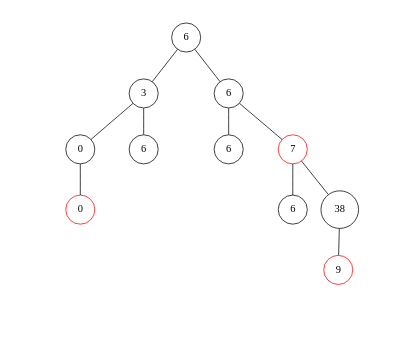
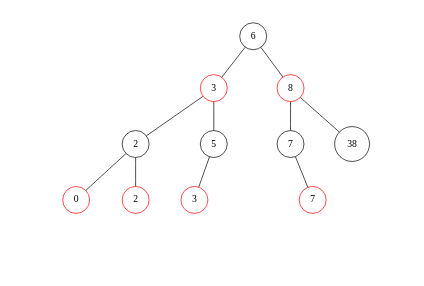
Before and after one commit to siepet/aisd: the diagram in drzewo0.gv, drawn with Graphviz. The commit also changed 7 other files, not shown here.

```diff
--- a/drzewo0.gv
+++ b/drzewo0.gv
@@ -1,47 +1,47 @@
 graph drzewo{
 size = "2,20"0 [shape=circle, color=black, label="6 "]
-1 [shape=circle, color=black, label="3 "]
+1 [shape=circle, color=red, label="3 "]
 0 -- 1 ;
-2 [shape=circle, color=black, label="0 "]
+2 [shape=circle, color=black, label="2 "]
 1 -- 2 ;
-3 [shape=circle, style=invisible, label="0 "]
-2 -- 3 [style=invis];
- 4 [shape=circle, color=red, label="0 "]
-2 -- 4 ;
-5 [shape=circle, style=invisible, label="0 "]
-4 -- 5 [style=invis];
- 6 [shape=circle, style=invisible, label="0 "]
-4 -- 6 [style=invis];
- 7 [shape=circle, color=black, label="6 "]
-1 -- 7 ;
-8 [shape=circle, style=invisible, label="0 "]
-7 -- 8 [style=invis];
- 9 [shape=circle, style=invisible, label="0 "]
-7 -- 9 [style=invis];
- 10 [shape=circle, color=black, label="6 "]
-0 -- 10 ;
-11 [shape=circle, color=black, label="6 "]
-10 -- 11 ;
-12 [shape=circle, style=invisible, label="0 "]
-11 -- 12 [style=invis];
+3 [shape=circle, color=red, label="0 "]
+2 -- 3 ;
+4 [shape=circle, style=invisible, label="0 "]
+3 -- 4 [style=invis];
+ 5 [shape=circle, style=invisible, label="0 "]
+3 -- 5 [style=invis];
+ 6 [shape=circle, color=red, label="2 "]
+2 -- 6 ;
+7 [shape=circle, style=invisible, label="0 "]
+6 -- 7 [style=invis];
+ 8 [shape=circle, style=invisible, label="0 "]
+6 -- 8 [style=invis];
+ 9 [shape=circle, color=black, label="5 "]
+1 -- 9 ;
+10 [shape=circle, color=red, label="3 "]
+9 -- 10 ;
+11 [shape=circle, style=invisible, label="0 "]
+10 -- 11 [style=invis];
+ 12 [shape=circle, style=invisible, label="0 "]
+10 -- 12 [style=invis];
  13 [shape=circle, style=invisible, label="0 "]
-11 -- 13 [style=invis];
- 14 [shape=circle, color=red, label="7 "]
-10 -- 14 ;
-15 [shape=circle, color=black, label="6 "]
+9 -- 13 [style=invis];
+ 14 [shape=circle, color=red, label="8 "]
+0 -- 14 ;
+15 [shape=circle, color=black, label="7 "]
 14 -- 15 ;
 16 [shape=circle, style=invisible, label="0 "]
 15 -- 16 [style=invis];
- 17 [shape=circle, style=invisible, label="0 "]
-15 -- 17 [style=invis];
- 18 [shape=circle, color=black, label="38 "]
-14 -- 18 ;
-19 [shape=circle, color=red, label="9 "]
-18 -- 19 ;
-20 [shape=circle, style=invisible, label="0 "]
-19 -- 20 [style=invis];
- 21 [shape=circle, style=invisible, label="0 "]
-19 -- 21 [style=invis];
+ 17 [shape=circle, color=red, label="7 "]
+15 -- 17 ;
+18 [shape=circle, style=invisible, label="0 "]
+17 -- 18 [style=invis];
+ 19 [shape=circle, style=invisible, label="0 "]
+17 -- 19 [style=invis];
+ 20 [shape=circle, color=black, label="38 "]
+14 -- 20 ;
+21 [shape=circle, style=invisible, label="0 "]
+20 -- 21 [style=invis];
  22 [shape=circle, style=invisible, label="0 "]
-18 -- 22 [style=invis];
+20 -- 22 [style=invis];
  }
```
